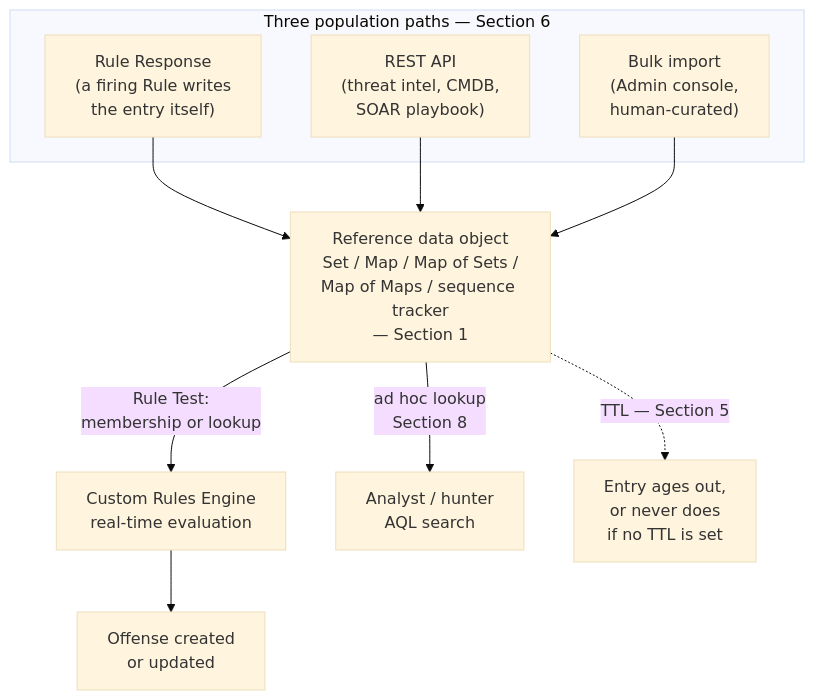
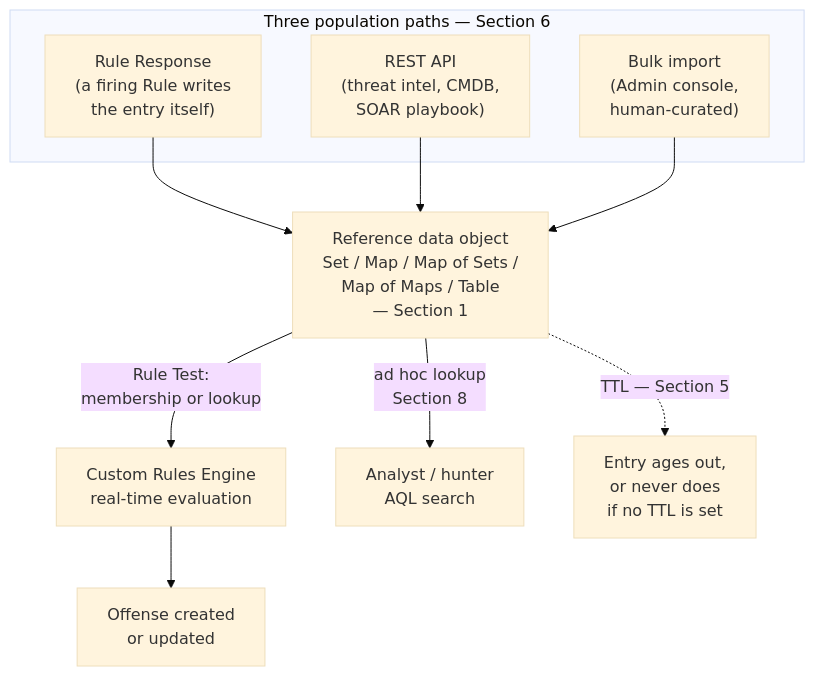
The diagram in chapters/part10-reference-data-collections.md (neshboy/qradar-soc-operations-handbook), drawn with Mermaid (base theme) before and after one commit. The commit also changed other lines of this file and 10 other files, not shown here.

First line of the commit message:
Fix: replace fabricated Reference Sequence type with Reference Table

````diff
--- a/chapters/part10-reference-data-collections.md
+++ b/chapters/part10-reference-data-collections.md
@@ -42,16 +42,16 @@
 ```mermaid
 flowchart TB
     subgraph Population["Three population paths — Section 6"]
         RR["Rule Response\n(a firing Rule writes\nthe entry itself)"]
         API["REST API\n(threat intel, CMDB,\nSOAR playbook)"]
         BULK["Bulk import\n(Admin console,\nhuman-curated)"]
     end
     RR --> RD
     API --> RD
     BULK --> RD
-    RD["Reference data object\nSet / Map / Map of Sets /\nMap of Maps / sequence tracker\n— Section 1"]
+    RD["Reference data object\nSet / Map / Map of Sets /\nMap of Maps / Table\n— Section 1"]
     RD -->|"Rule Test:\nmembership or lookup"| CRE["Custom Rules Engine\nreal-time evaluation"]
     RD -->|"ad hoc lookup\nSection 8"| AQL["Analyst / hunter\nAQL search"]
     RD -.->|"TTL — Section 5"| EXP["Entry ages out,\nor never does\nif no TTL is set"]
     CRE --> OFF["Offense created\nor updated"]
 ```
````
